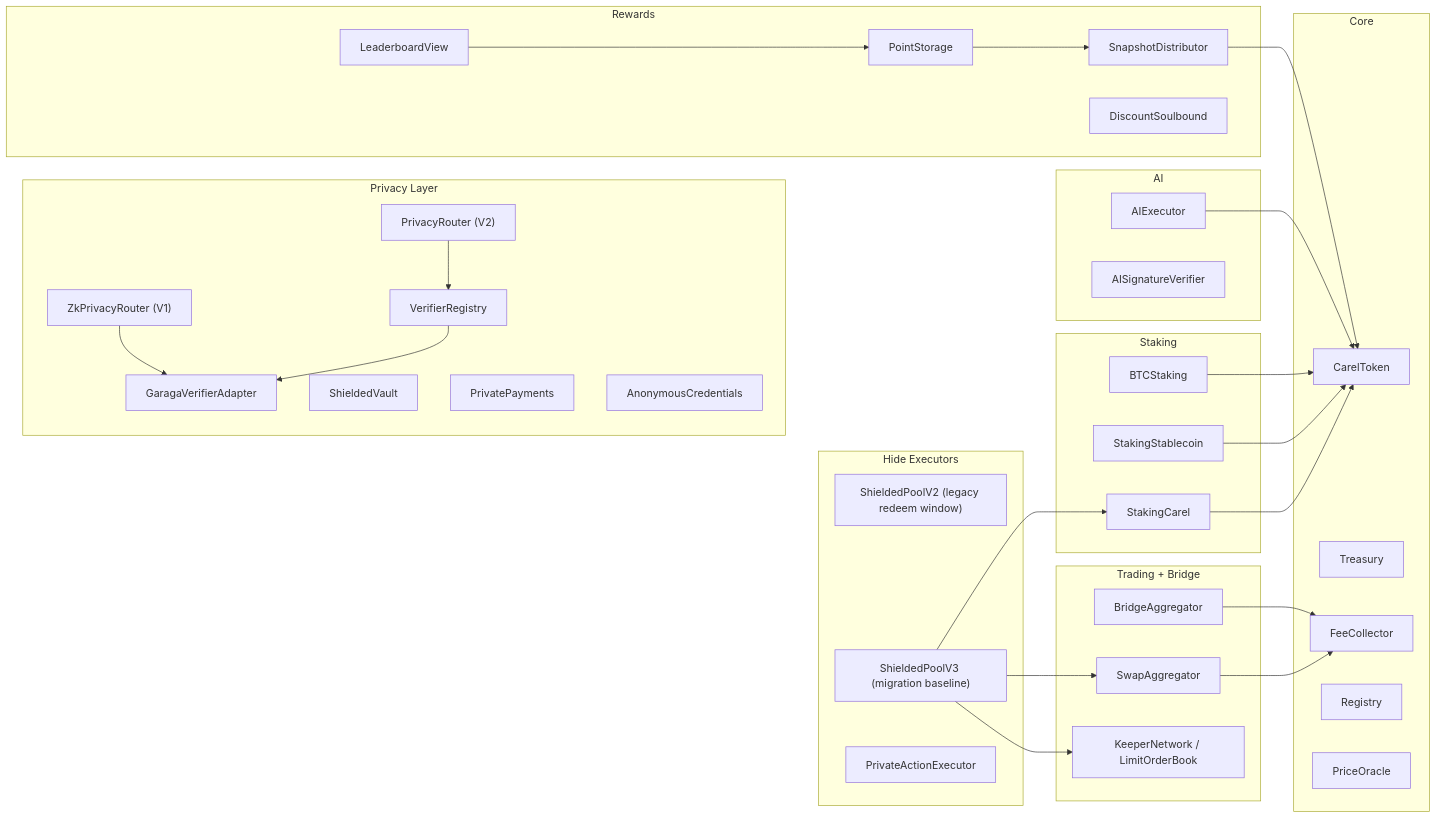
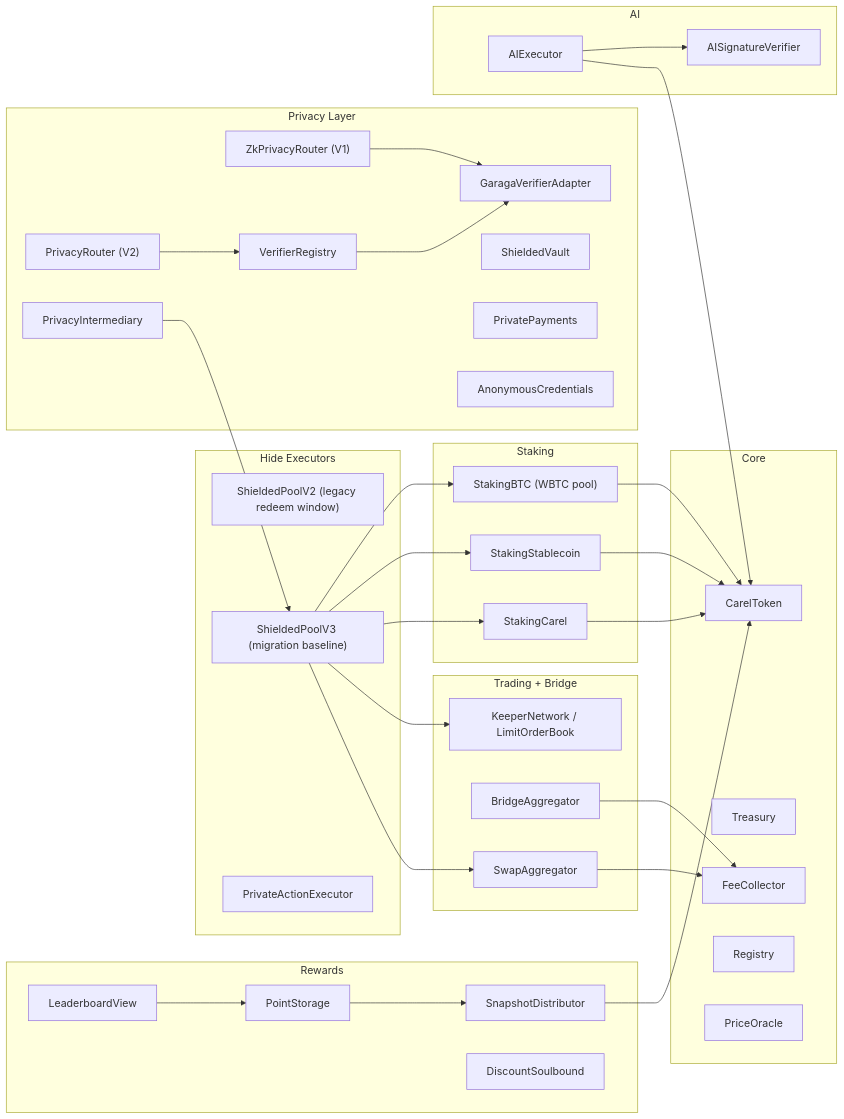
The diagram in smartcontract/README.md (ntfound-dev/zkcarel_protocol), drawn with Mermaid before and after one commit. The commit also changed other lines of this file and 3 other files, not shown here.

Commit message:
docs: fix flow diagrams and WBTC staking naming

````diff
--- a/smartcontract/README.md
+++ b/smartcontract/README.md
@@ -54,69 +54,74 @@
 ```mermaid
 flowchart LR
     subgraph CORE["Core"]
         CAREL["CarelToken"]
         TREASURY["Treasury"]
         FEE["FeeCollector"]
         REG["Registry"]
         ORACLE["PriceOracle"]
     end
 
     subgraph TRADING["Trading + Bridge"]
         SWAP["SwapAggregator"]
         BRIDGE["BridgeAggregator"]
         LOB["KeeperNetwork / LimitOrderBook"]
     end
 
     subgraph STAKING["Staking"]
         SCAREL["StakingCarel"]
         SSTABLE["StakingStablecoin"]
-        SBTC["BTCStaking"]
+        SBTC["StakingBTC (WBTC pool)"]
     end
 
     subgraph PRIVACY["Privacy Layer"]
         ZKV1["ZkPrivacyRouter (V1)"]
         ZKV2["PrivacyRouter (V2)"]
+        PINTERM["PrivacyIntermediary"]
         GADAPT["GaragaVerifierAdapter"]
         VREG["VerifierRegistry"]
         VAULT["ShieldedVault"]
         PPAY["PrivatePayments"]
         ACRED["AnonymousCredentials"]
     end
 
     subgraph HIDE["Hide Executors"]
         EXECV2["ShieldedPoolV2 (legacy redeem window)"]
         EXECV3["ShieldedPoolV3 (migration baseline)"]
         EXECLEG["PrivateActionExecutor"]
     end
 
     subgraph REWARDS["Rewards"]
         POINTS["PointStorage"]
         SNAP["SnapshotDistributor"]
         NFT["DiscountSoulbound"]
         BOARD["LeaderboardView"]
     end
 
     subgraph AI["AI"]
         AIEXEC["AIExecutor"]
         AIVER["AISignatureVerifier"]
     end
 
     SWAP --> FEE
     BRIDGE --> FEE
     SCAREL --> CAREL
     SSTABLE --> CAREL
     SBTC --> CAREL
 
     EXECV3 --> SWAP
     EXECV3 --> LOB
     EXECV3 --> SCAREL
+    EXECV3 --> SSTABLE
+    EXECV3 --> SBTC
 
     ZKV1 --> GADAPT
     ZKV2 --> VREG
     VREG --> GADAPT
+    PINTERM --> EXECV3
 
     AIEXEC --> CAREL
+    AIEXEC --> AIVER
     POINTS --> SNAP
     SNAP --> CAREL
     BOARD --> POINTS
 ```
````
